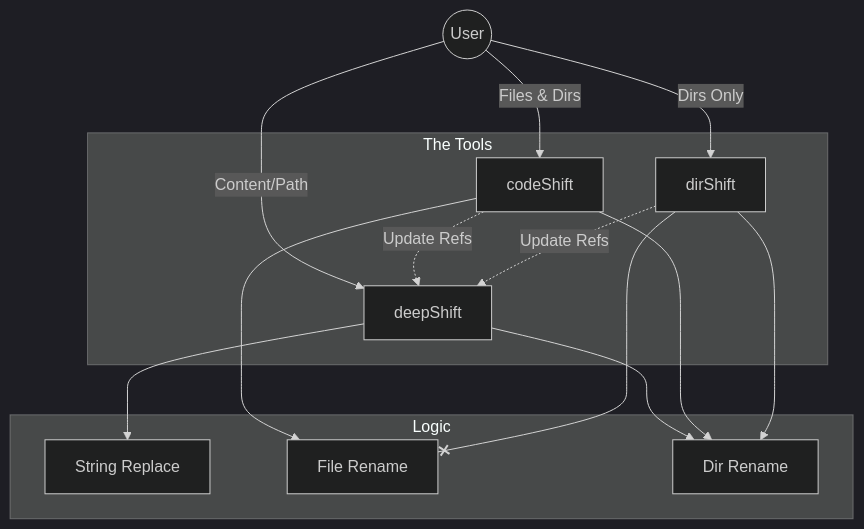
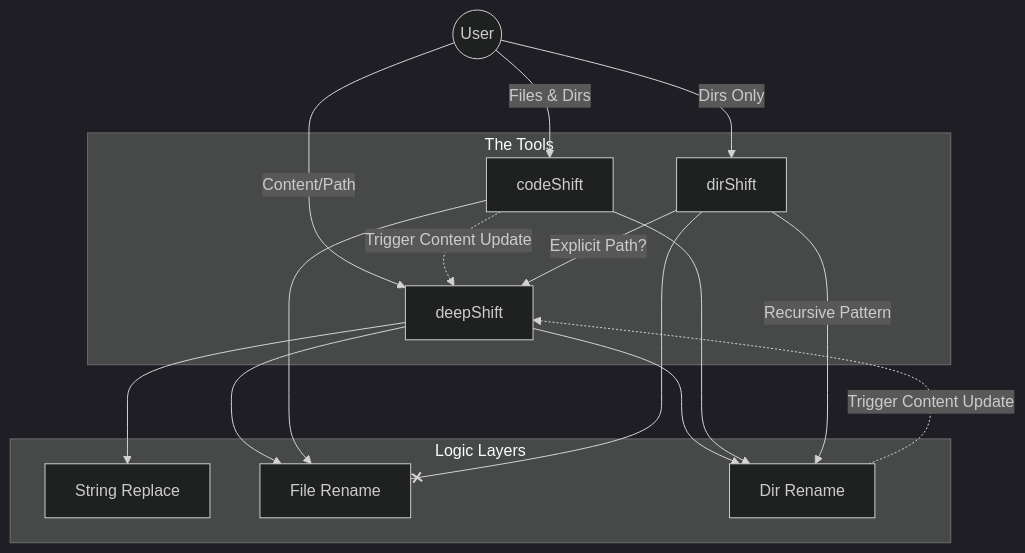
The diagram in README.md (311ecode/deepShift), drawn with Mermaid (dark theme) before and after one commit. The commit also changed other lines of this file and 3 other files, not shown here.

First line of the commit message:
Refactor dirShift logic and improve documentation

````diff
--- a/README.md
+++ b/README.md
@@ -48,31 +48,37 @@
 ```mermaid
 graph TD
     User((User))
     
     subgraph "The Tools"
         DS[deepShift]
         CS[codeShift]
         DirS[dirShift]
     end
 
-    subgraph "Logic"
+    subgraph "Logic Layers"
         Str[String Replace]
         FileRen[File Rename]
         DirRen[Dir Rename]
     end
 
+    %% Flows
     User -->|Content/Path| DS
     User -->|Files & Dirs| CS
     User -->|Dirs Only| DirS
 
+    %% deepShift Direct
     DS --> Str
     DS --> DirRen
-    
+    DS --> FileRen
+
+    %% codeShift Flow
     CS --> FileRen
     CS --> DirRen
-    CS -.->|Update Refs| DS
+    CS -.->|Trigger Content Update| DS
     
-    DirS --> DirRen
+    %% dirShift Flow
+    DirS -- "Explicit Path?" --> DS
+    DirS -- "Recursive Pattern" --> DirRen
     DirS --x FileRen
-    DirS -.->|Update Refs| DS
+    DirRen -.->|Trigger Content Update| DS
 ```
````
